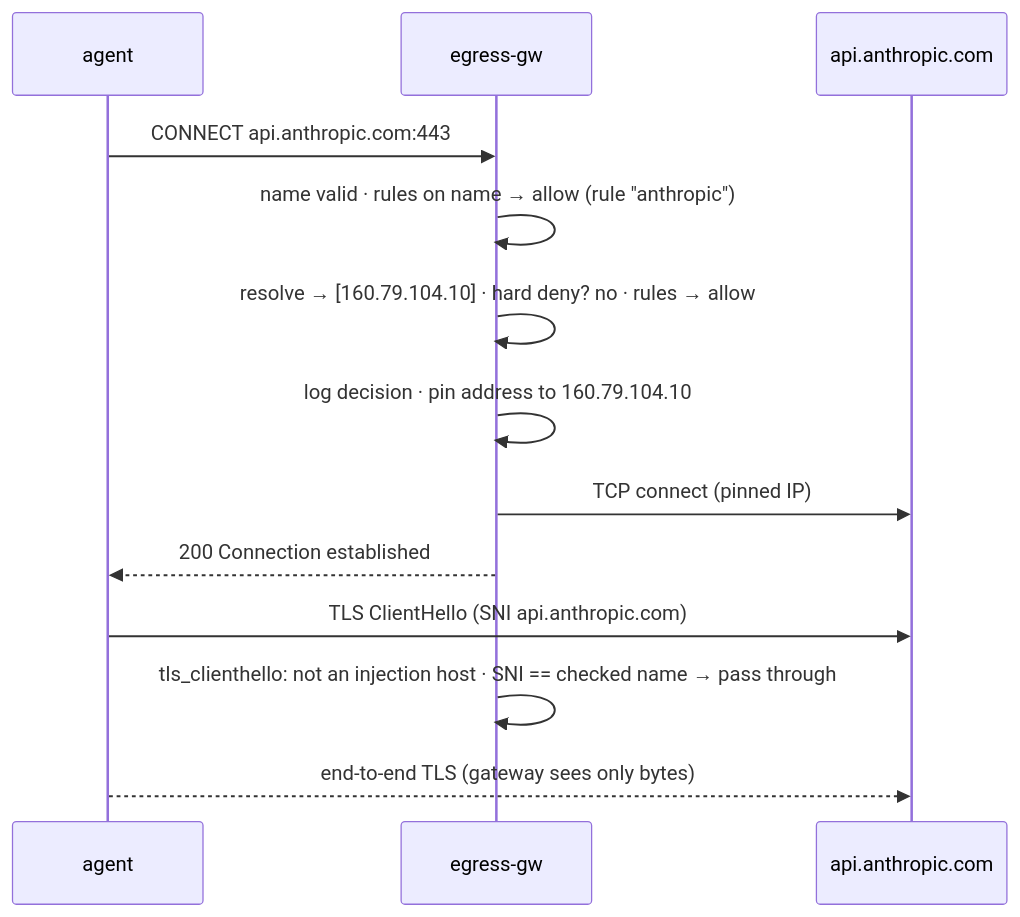
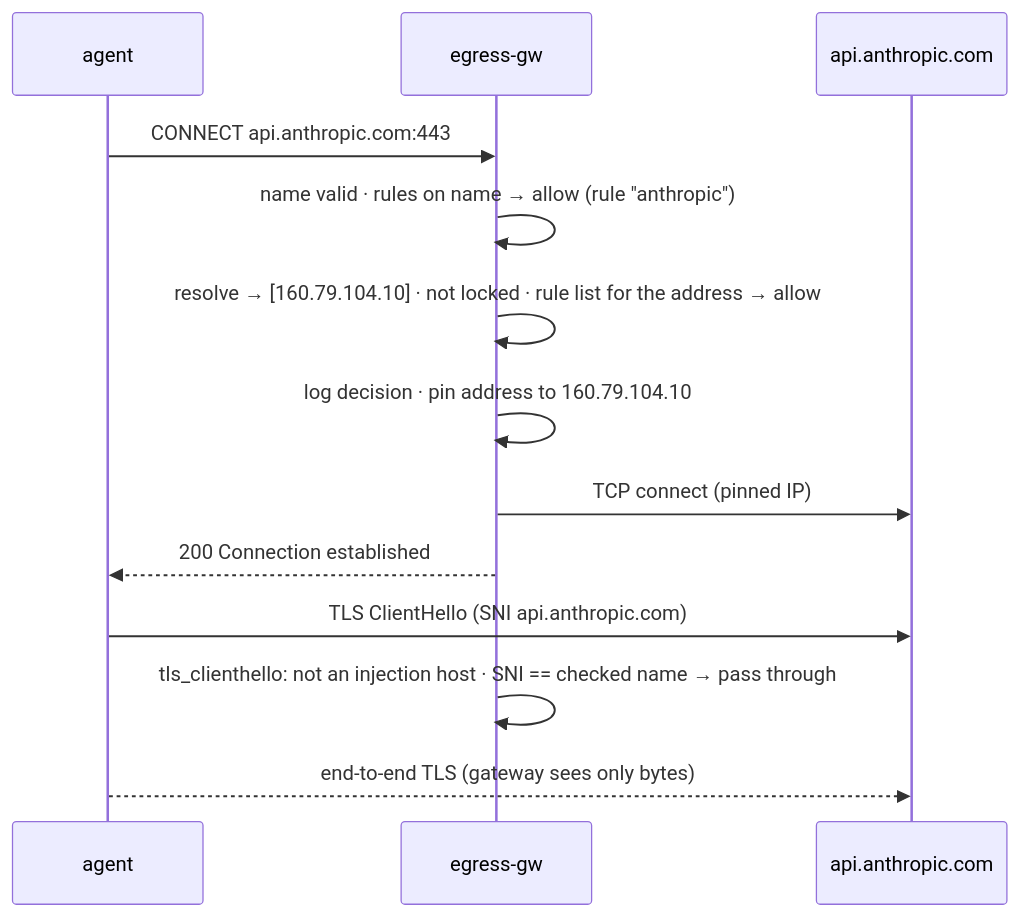
One commit to PhilippMundhenk/tallygate changed the third of 6 diagrams in docs/architecture.md. Above: the diagram before and after it, drawn with Mermaid. The commit also changed other lines of this file and 13 other files, not shown here.

First line of the commit message:
Architecture, ADR status notes, security review note, changelog annotations (#208)

````diff
--- a/docs/architecture.md
+++ b/docs/architecture.md
@@ -110,15 +111,15 @@
 ```mermaid
 sequenceDiagram
     participant A as agent
     participant G as egress-gw
     participant S as api.anthropic.com
     A->>G: CONNECT api.anthropic.com:443
     G->>G: name valid · rules on name → allow (rule "anthropic")
-    G->>G: resolve → [160.79.104.10] · hard deny? no · rules → allow
+    G->>G: resolve → [160.79.104.10] · not locked · rule list for the address → allow
     G->>G: log decision · pin address to 160.79.104.10
     G->>S: TCP connect (pinned IP)
     G-->>A: 200 Connection established
     A->>S: TLS ClientHello (SNI api.anthropic.com)
     G->>G: tls_clienthello: not an injection host · SNI == checked name → pass through
     A-->>S: end-to-end TLS (gateway sees only bytes)
 ```
````
